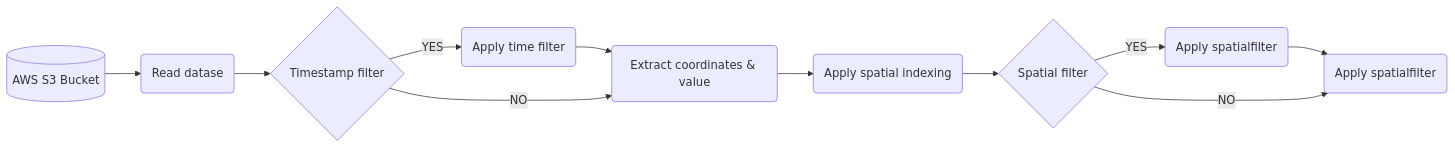
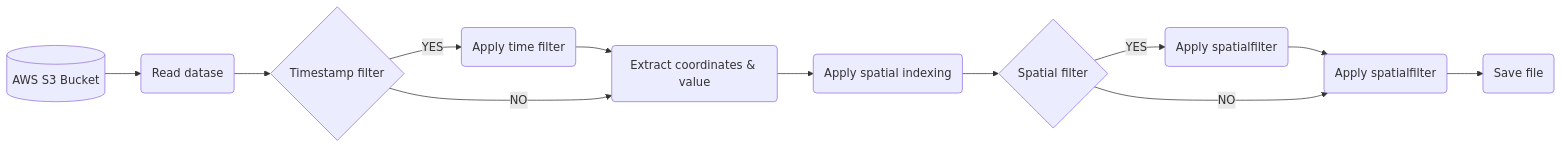
The diagram in README.md (behzad89/netcdf_to_parquet), drawn with Mermaid before and after one commit.

Commit message:
[Update] README

````diff
--- a/README.md
+++ b/README.md
@@ -5,13 +5,14 @@
 ```mermaid
 graph LR
 id1[(AWS S3 Bucket)] --> B(Read datase)
 B --> C{Timestamp filter}
 C --YES--> D(Apply time filter)
 D --> E(Apply time filter)
 C --NO--> E(Extract coordinates & value)
 E --> F(Apply spatial indexing)
 F --> G{Spatial filter}
 G --YES--> H(Apply spatialfilter)
 H --> J(Save Apache Parquet file)
 G --NO--> J(Apply spatialfilter)
+J --> L(Save file)
 ```
````
